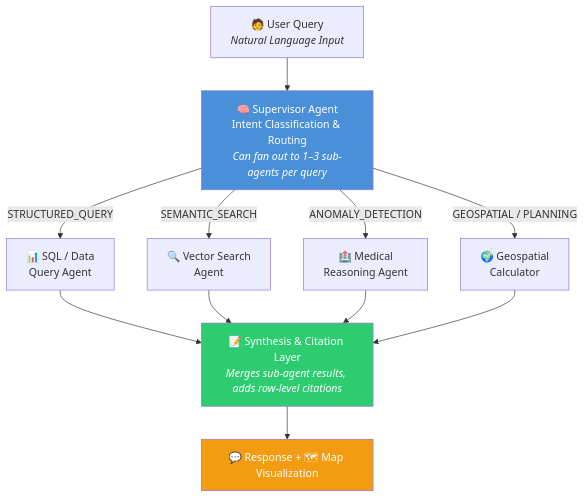
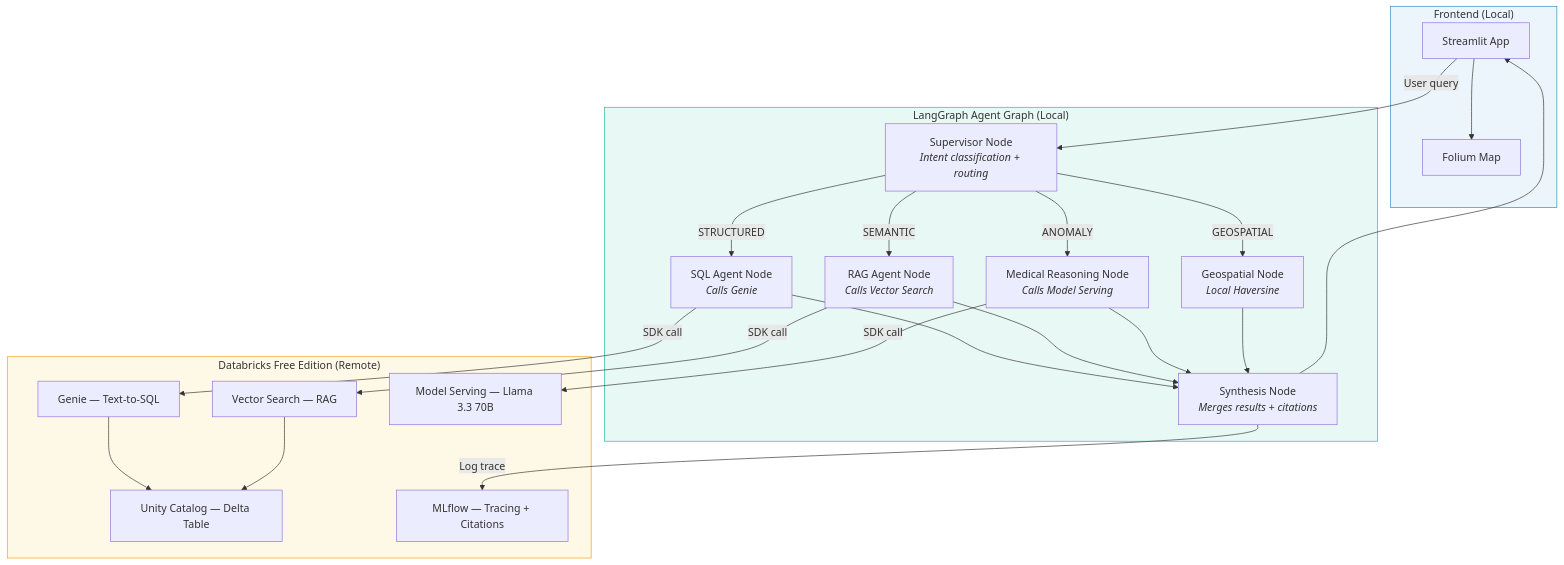
The first of 2 diagrams in AGENT.md (alijafarkamal/Hack-Nation), drawn with Mermaid before and after one commit. The commit also changed other lines of this file, not shown here.

First line of the commit message:
Add LangGraph orchestration to AGENT.md architecture

````diff
--- a/AGENT.md
+++ b/AGENT.md
@@ -153,26 +33,46 @@
 ```mermaid
 flowchart TD
-    Q["🧑 User Query<br/><i>Natural Language Input</i>"]
-    SUP["🧠 Supervisor Agent<br/>Intent Classification & Routing<br/><i>Can fan out to 1–3 sub-agents per query</i>"]
-    SQL["📊 SQL / Data<br/>Query Agent"]
-    VEC["🔍 Vector Search<br/>Agent"]
-    MED["🏥 Medical<br/>Reasoning Agent"]
-    GEO["🌍 Geospatial<br/>Calculator"]
-    SYN["📝 Synthesis & Citation Layer<br/><i>Merges sub-agent results, adds row-level citations</i>"]
-    OUT["💬 Response + 🗺 Map Visualization"]
+    subgraph FE["Frontend (Local)"]
+        ST["Streamlit App"]
+        MAP["Folium Map"]
+    end
 
-    Q --> SUP
-    SUP -->|STRUCTURED_QUERY| SQL
-    SUP -->|SEMANTIC_SEARCH| VEC
-    SUP -->|ANOMALY_DETECTION| MED
-    SUP -->|GEOSPATIAL / PLANNING| GEO
-    SQL --> SYN
-    VEC --> SYN
-    MED --> SYN
-    GEO --> SYN
-    SYN --> OUT
+    subgraph LG["LangGraph Agent Graph (Local)"]
+        SUP["Supervisor Node<br/><i>Intent classification + routing</i>"]
+        SQL_N["SQL Agent Node<br/><i>Calls Genie</i>"]
+        VEC_N["RAG Agent Node<br/><i>Calls Vector Search</i>"]
+        MED_N["Medical Reasoning Node<br/><i>Calls Model Serving</i>"]
+        GEO_N["Geospatial Node<br/><i>Local Haversine</i>"]
+        SYN["Synthesis Node<br/><i>Merges results + citations</i>"]
+    end
 
-    style SUP fill:#4A90D9,color:#fff
-    style SYN fill:#2ECC71,color:#fff
-    style OUT fill:#F39C12,color:#fff
+    subgraph DB["Databricks Free Edition (Remote)"]
+        UC["Unity Catalog — Delta Table"]
+        GN["Genie — Text-to-SQL"]
+        VS["Vector Search — RAG"]
+        MS["Model Serving — Llama 3.3 70B"]
+        ML["MLflow — Tracing + Citations"]
+    end
+
+    ST -->|"User query"| SUP
+    SUP -->|STRUCTURED| SQL_N
+    SUP -->|SEMANTIC| VEC_N
+    SUP -->|ANOMALY| MED_N
+    SUP -->|GEOSPATIAL| GEO_N
+    SQL_N -->|"SDK call"| GN
+    VEC_N -->|"SDK call"| VS
+    MED_N -->|"SDK call"| MS
+    GN --> UC
+    VS --> UC
+    SQL_N --> SYN
+    VEC_N --> SYN
+    MED_N --> SYN
+    GEO_N --> SYN
+    SYN --> ST
+    SYN -->|"Log trace"| ML
+    ST --> MAP
+
+    style FE fill:#EBF5FB,stroke:#2E86C1
+    style LG fill:#E8F8F5,stroke:#1ABC9C
+    style DB fill:#FEF9E7,stroke:#F39C12
 ```
````
